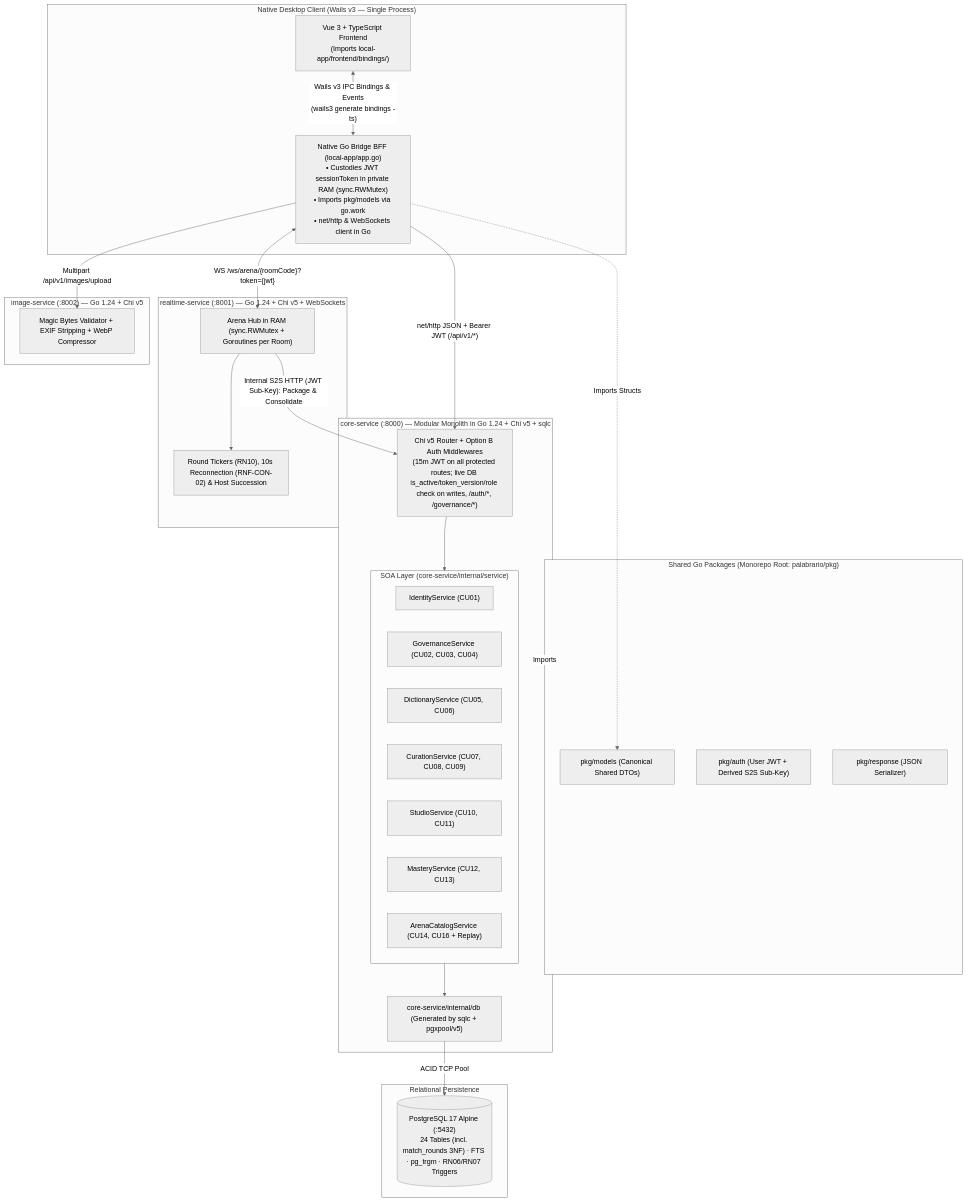
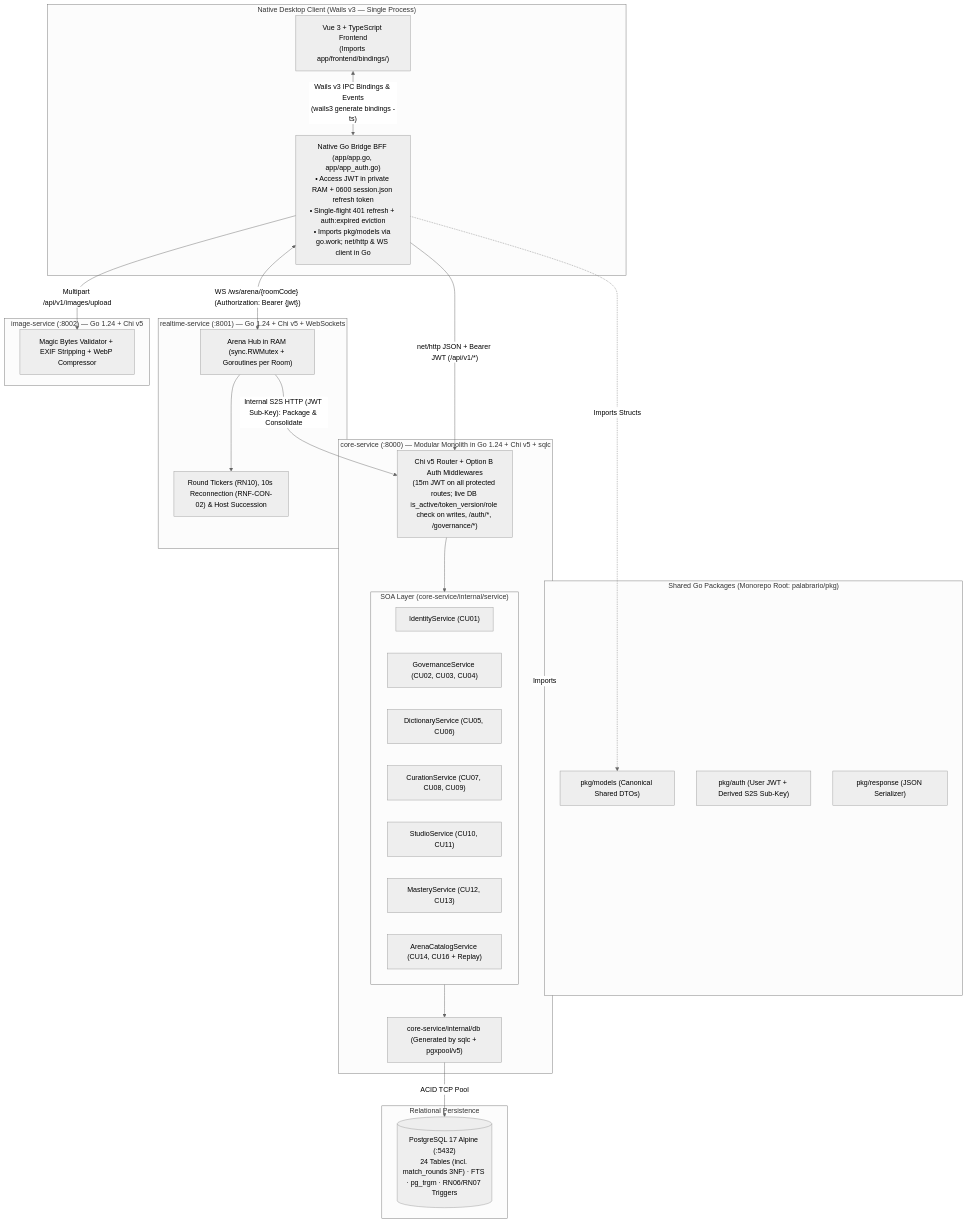
Before and after one commit to OGShawnLee/palabrario: the diagram in .routing/DOMAIN.md, drawn with Mermaid (neutral theme). The commit also changed other lines of this file and 12 other files, not shown here.

````diff
--- a/.routing/DOMAIN.md
+++ b/.routing/DOMAIN.md
@@ -88,52 +88,52 @@
 ```mermaid
 flowchart TB
     subgraph Client["Native Desktop Client (Wails v3 — Single Process)"]
-        UI["Vue 3 + TypeScript Frontend\n(Imports local-app/frontend/bindings/)"]
-        WailsBFF["Native Go Bridge BFF (local-app/app.go)\n• Custodies JWT sessionToken in private RAM (sync.RWMutex)\n• Imports pkg/models via go.work\n• net/http & WebSockets client in Go"]
+        UI["Vue 3 + TypeScript Frontend\n(Imports app/frontend/bindings/)"]
+        WailsBFF["Native Go Bridge BFF (app/app.go, app/app_auth.go)\n• Access JWT in private RAM + 0600 session.json refresh token\n• Single-flight 401 refresh + auth:expired eviction\n• Imports pkg/models via go.work; net/http & WS client in Go"]
         UI <-->|"Wails v3 IPC Bindings & Events\n(wails3 generate bindings -ts)"| WailsBFF
     end
 
     subgraph SharedPkg["Shared Go Packages (Monorepo Root: palabrario/pkg)"]
         PkgModels["pkg/models (Canonical Shared DTOs)"]
         PkgAuth["pkg/auth (User JWT + Derived S2S Sub-Key)"]
         PkgResp["pkg/response (JSON Serializer)"]
     end
 
     subgraph CoreService["core-service (:8000) — Modular Monolith in Go 1.24 + Chi v5 + sqlc"]
         Router["Chi v5 Router + Option B Auth Middlewares\n(15m JWT on all protected routes; live DB is_active/token_version/role check on writes, /auth/*, /governance/*)"]
         subgraph SOALayer["SOA Layer (core-service/internal/service)"]
             S1["IdentityService (CU01)"]
             S2["GovernanceService (CU02, CU03, CU04)"]
             S3["DictionaryService (CU05, CU06)"]
             S4["CurationService (CU07, CU08, CU09)"]
             S5["StudioService (CU10, CU11)"]
             S6["MasteryService (CU12, CU13)"]
             S7["ArenaCatalogService (CU14, CU16 + Replay)"]
         end
         DBLayer["core-service/internal/db (Generated by sqlc + pgxpool/v5)"]
         Router --> SOALayer --> DBLayer
     end
 
     subgraph RealtimeService["realtime-service (:8001) — Go 1.24 + Chi v5 + WebSockets"]
         WSHub["Arena Hub in RAM (sync.RWMutex + Goroutines per Room)"]
         WSTimer["Round Tickers (RN10), 10s Reconnection (RNF-CON-02) & Host Succession"]
         WSHub --> WSTimer
     end
 
     subgraph ImageService["image-service (:8002) — Go 1.24 + Chi v5"]
         ImgProc["Magic Bytes Validator + EXIF Stripping + WebP Compressor"]
     end
 
     subgraph Database["Relational Persistence"]
         PG[("PostgreSQL 17 Alpine (:5432)\n24 Tables (incl. match_rounds 3NF) · FTS · pg_trgm · RN06/RN07 Triggers")]
     end
 
     WailsBFF -.->|"Imports Structs"| PkgModels
     CoreService -.->|"Imports"| SharedPkg
     WailsBFF -->|"net/http JSON + Bearer JWT (/api/v1/*)"| Router
-    WailsBFF <-->|"WS /ws/arena/{roomCode}?token={jwt}"| WSHub
+    WailsBFF <-->|"WS /ws/arena/{roomCode} (Authorization: Bearer {jwt})"| WSHub
     WailsBFF -->|"Multipart /api/v1/images/upload"| ImgProc
 
     DBLayer -->|"ACID TCP Pool"| PG
     WSHub -->|"Internal S2S HTTP (JWT Sub-Key): Package & Consolidate"| Router
 ```
````
